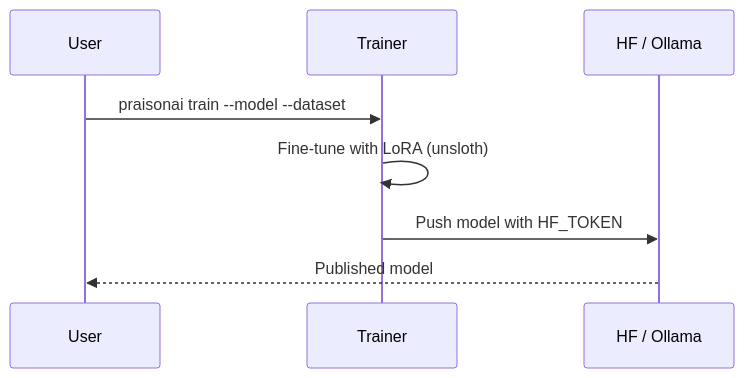
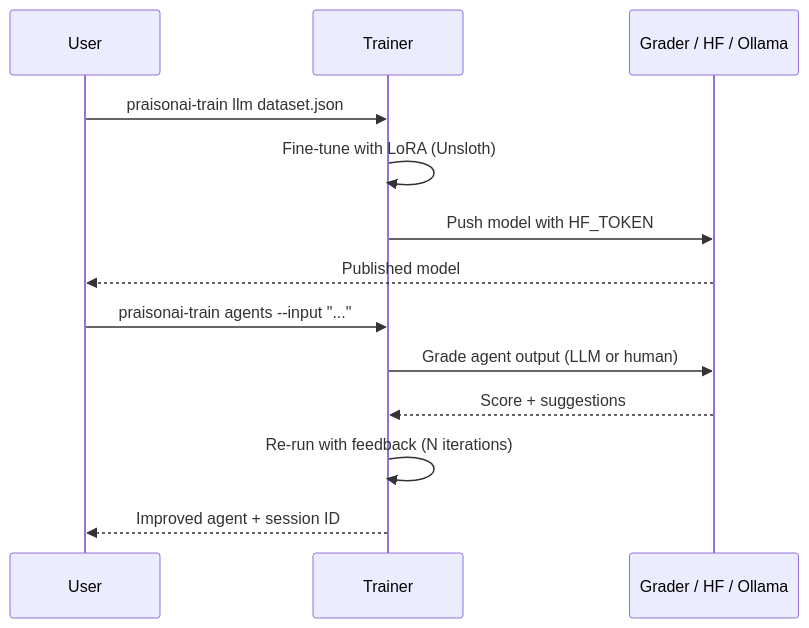
The second of 2 diagrams in docs/train.mdx (MervinPraison/PraisonAIDocs), drawn with Mermaid before and after one commit. The commit also changed other lines of this file and 5 other files, not shown here.

First line of the commit message:
docs: align training pages with C10 praisonai-train package extraction (fixes #1966)

````diff
--- a/docs/train.mdx
+++ b/docs/train.mdx
@@ -231,11 +113,17 @@
 ```mermaid
 sequenceDiagram
     participant User
     participant Trainer
-    participant Hub as HF / Ollama
+    participant Grader as Grader / HF / Ollama
 
-    User->>Trainer: praisonai train --model --dataset
-    Trainer->>Trainer: Fine-tune with LoRA (unsloth)
-    Trainer->>Hub: Push model with HF_TOKEN
-    Hub-->>User: Published model
+    User->>Trainer: praisonai-train llm dataset.json
+    Trainer->>Trainer: Fine-tune with LoRA (Unsloth)
+    Trainer->>Grader: Push model with HF_TOKEN
+    Grader-->>User: Published model
+
+    User->>Trainer: praisonai-train agents --input "..."
+    Trainer->>Grader: Grade agent output (LLM or human)
+    Grader-->>Trainer: Score + suggestions
+    Trainer->>Trainer: Re-run with feedback (N iterations)
+    Trainer-->>User: Improved agent + session ID
 ```
````
